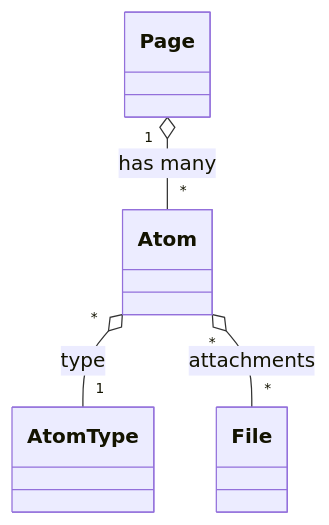
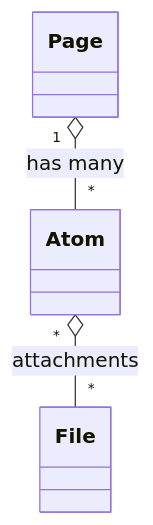
Before and after one commit to sinfin/folio: the diagram in docs/atoms.md, drawn with Mermaid. The commit also changed other lines of this file and 14 other files, not shown here.

````diff
--- a/docs/atoms.md
+++ b/docs/atoms.md
@@ -70,6 +55,5 @@
 ```mermaid
 classDiagram
     Page "1" o-- "*" Atom : has many
-    Atom "*" o-- "1" AtomType : type
     Atom "*" o-- "*" File : attachments
 ```
````
